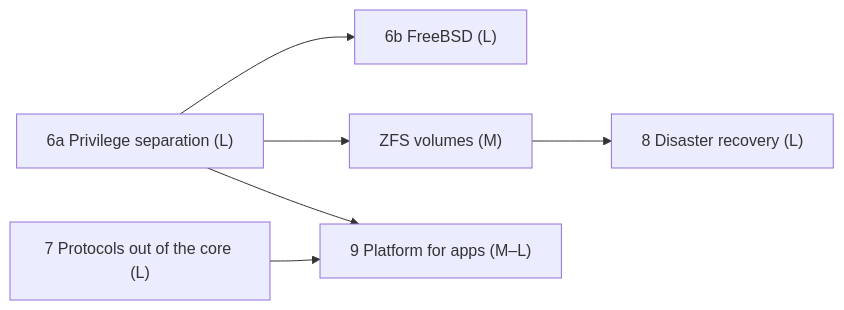
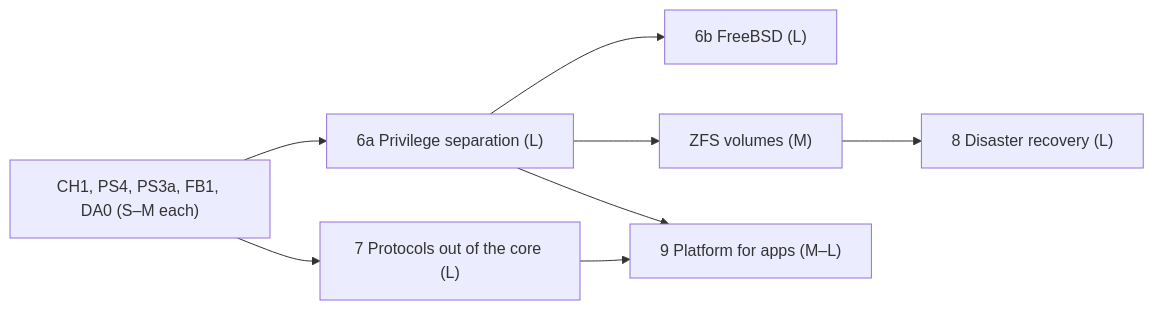
Before and after one commit to jrobhoward/paddock: the diagram in docs/ROADMAP.md, drawn with Mermaid. The commit also changed other lines of this file and 34 other files, not shown here.

Commit message:
Passivation removed; roadmap revised from a review against the goals

````diff
--- a/docs/ROADMAP.md
+++ b/docs/ROADMAP.md
@@ -68,9 +71,11 @@
 ```mermaid
 flowchart LR
-    p6a["6a Privilege separation (L)"] --> p6b["6b FreeBSD (L)"]
+    first["CH1, PS4, PS3a, FB1, DA0 (S–M each)"] --> p6a["6a Privilege separation (L)"]
+    first --> p7
+    p6a --> p6b["6b FreeBSD (L)"]
     p6a --> zfs["ZFS volumes (M)"]
     p6a --> p9["9 Platform for apps (M–L)"]
     p7["7 Protocols out of the core (L)"] --> p9
     p8["8 Disaster recovery (L)"]
     zfs --> p8
 ```
````
